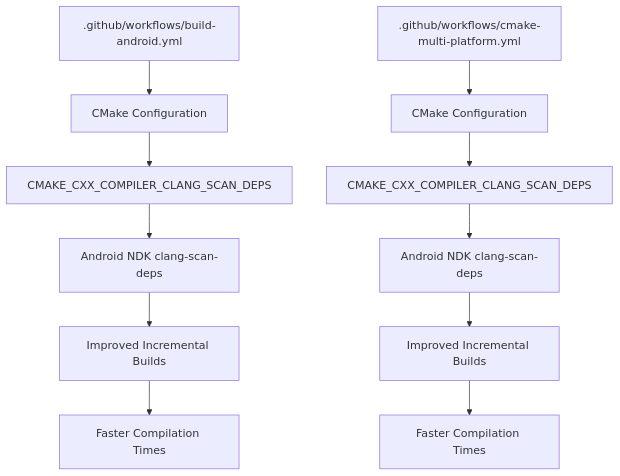
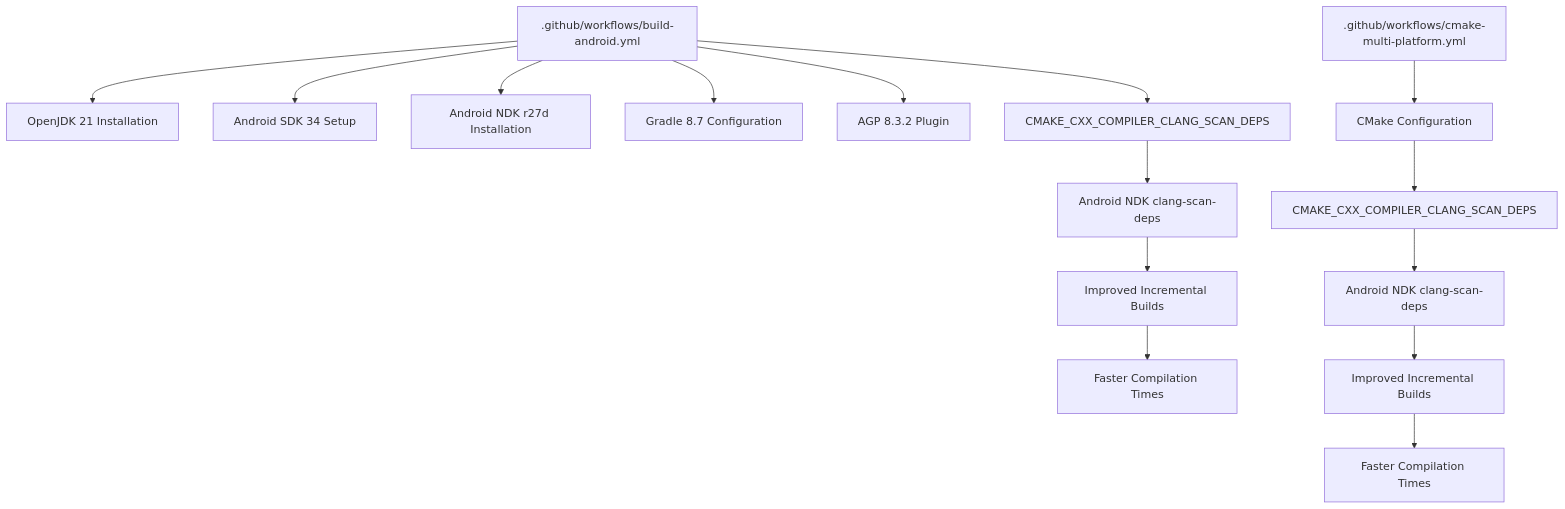
Before and after one commit to hsmbanlance/HsBaSlicer: the ninth of 18 diagrams in .qoder/repowiki/en/content/Getting Started/Multi-Platform Build System.md, drawn with Mermaid. The commit also changed other lines of this file and 14 other files, not shown here.

````diff
--- a/.qoder/repowiki/en/content/Getting Started/Multi-Platform Build System.md
+++ b/.qoder/repowiki/en/content/Getting Started/Multi-Platform Build System.md
@@ -374,13 +381,17 @@
 ```mermaid
 flowchart TD
-AndroidWorkflow[".github/workflows/build-android.yml"] --> CMakeConfig["CMake Configuration"]
-CMakeConfig --> ScanDeps["CMAKE_CXX_COMPILER_CLANG_SCAN_DEPS"]
+AndroidWorkflow[".github/workflows/build-android.yml"] --> JDK21["OpenJDK 21 Installation"]
+AndroidWorkflow --> SDK34["Android SDK 34 Setup"]
+AndroidWorkflow --> NDK27d["Android NDK r27d Installation"]
+AndroidWorkflow --> Gradle87["Gradle 8.7 Configuration"]
+AndroidWorkflow --> AGP832["AGP 8.3.2 Plugin"]
+AndroidWorkflow --> ScanDeps["CMAKE_CXX_COMPILER_CLANG_SCAN_DEPS"]
 ScanDeps --> NDKTool["Android NDK clang-scan-deps"]
 NDKTool --> Incremental["Improved Incremental Builds"]
 Incremental --> FasterRebuild["Faster Compilation Times"]
 CMakeMulti[".github/workflows/cmake-multi-platform.yml"] --> CMakeConfig2["CMake Configuration"]
 CMakeConfig2 --> ScanDeps2["CMAKE_CXX_COMPILER_CLANG_SCAN_DEPS"]
 ScanDeps2 --> NDKTool2["Android NDK clang-scan-deps"]
 NDKTool2 --> Incremental2["Improved Incremental Builds"]
 Incremental2 --> FasterRebuild2["Faster Compilation Times"]
 ```
````
